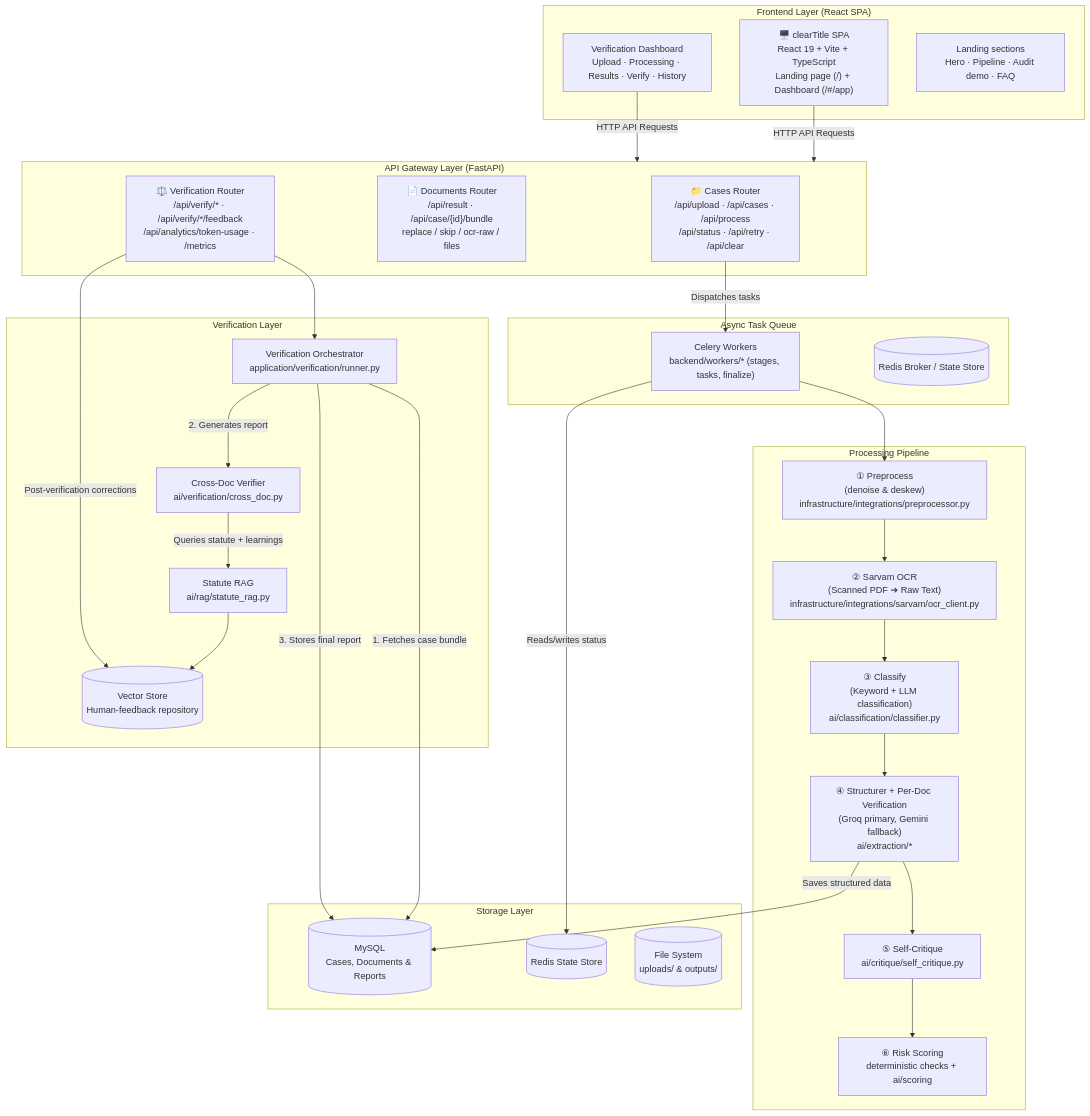
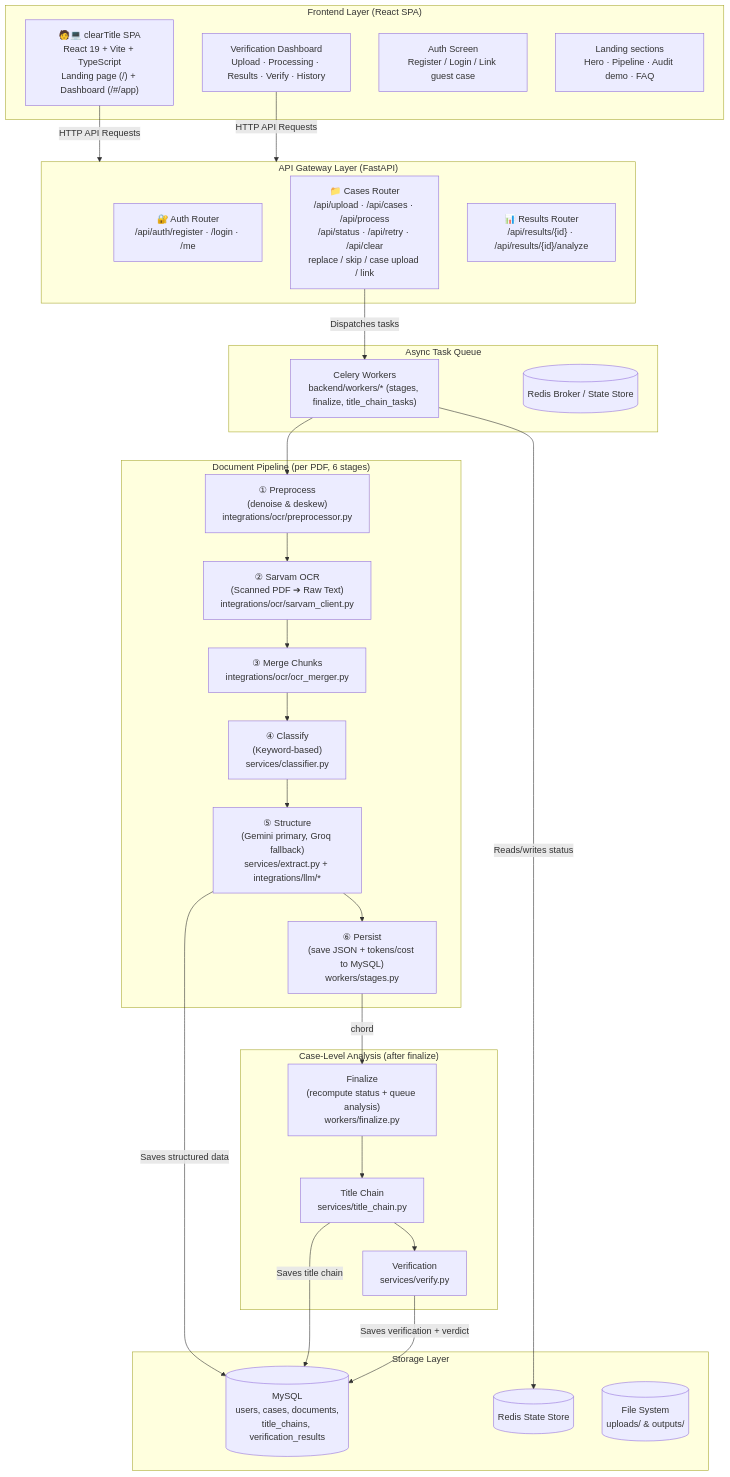
One commit to MyMane24/clearTitle changed the diagram in README.md. Above: the diagram before and after it, drawn with Mermaid. The commit also changed other lines of this file, not shown here.

First line of the commit message:
docs: update README to match current layered architecture

````diff
--- a/README.md
+++ b/README.md
@@ -9,55 +9,52 @@
 ```mermaid
 flowchart TD
     subgraph Frontend["Frontend Layer (React SPA)"]
-        UI["🖥️ clearTitle SPA\nReact 19 + Vite + TypeScript\nLanding page (/) + Dashboard (/#/app)"]
+        UI["🧑💻 clearTitle SPA\nReact 19 + Vite + TypeScript\nLanding page (/) + Dashboard (/#/app)"]
         DASH["Verification Dashboard\nUpload · Processing · Results · Verify · History"]
+        AUTH["Auth Screen\nRegister / Login / Link guest case"]
         HOME["Landing sections\nHero · Pipeline · Audit demo · FAQ"]
     end
 
     subgraph API["API Gateway Layer (FastAPI)"]
-        R_CASES["📁 Cases Router\n/api/upload · /api/cases · /api/process\n/api/status · /api/retry · /api/clear"]
-        R_DOCS["📄 Documents Router\n/api/result · /api/case/{id}/bundle\nreplace / skip / ocr-raw / files"]
-        R_VERIFY["⚖️ Verification Router\n/api/verify/* · /api/verify/*/feedback\n/api/analytics/token-usage · /metrics"]
+        R_AUTH["🔐 Auth Router\n/api/auth/register · /login · /me"]
+        R_CASES["📁 Cases Router\n/api/upload · /api/cases · /api/process\n/api/status · /api/retry · /api/clear\nreplace / skip / case upload / link"]
+        R_RESULTS["📊 Results Router\n/api/results/{id} · /api/results/{id}/analyze"]
     end
 
     subgraph Orchestration["Async Task Queue"]
-        CELERY["Celery Workers\nbackend/workers/* (stages, tasks, finalize)"]
+        CELERY["Celery Workers\nbackend/workers/* (stages, finalize, title_chain_tasks)"]
         REDIS_BROKER[(Redis Broker / State Store)]
     end
 
-    subgraph Pipeline["Processing Pipeline"]
-        PREPROC["① Preprocess\n(denoise & deskew)\ninfrastructure/integrations/preprocessor.py"]
-        OCR["② Sarvam OCR\n(Scanned PDF ➔ Raw Text)\ninfrastructure/integrations/sarvam/ocr_client.py"]
-        CLASSIFY["③ Classify\n(Keyword + LLM classification)\nai/classification/classifier.py"]
-        STRUCTURE["④ Structurer + Per-Doc Verification\n(Groq primary, Gemini fallback)\nai/extraction/*"]
-        CRITIQUE["⑤ Self-Critique\nai/critique/self_critique.py"]
-        SCORE["⑥ Risk Scoring\ndeterministic checks + ai/scoring"]
+    subgraph Pipeline["Document Pipeline (per PDF, 6 stages)"]
+        PREPROC["① Preprocess\n(denoise & deskew)\nintegrations/ocr/preprocessor.py"]
+        OCR["② Sarvam OCR\n(Scanned PDF ➔ Raw Text)\nintegrations/ocr/sarvam_client.py"]
+        MERGE["③ Merge Chunks\nintegrations/ocr/ocr_merger.py"]
+        CLASSIFY["④ Classify\n(Keyword-based)\nservices/classifier.py"]
+        STRUCTURE["⑤ Structure\n(Gemini primary, Groq fallback)\nservices/extract.py + integrations/llm/*"]
+        PERSIST["⑥ Persist\n(save JSON + tokens/cost to MySQL)\nworkers/stages.py"]
     end
 
-    subgraph Verification["Verification Layer"]
-        V_ENG["Verification Orchestrator\napplication/verification/runner.py"]
-        CROSS_DOC["Cross-Doc Verifier\nai/verification/cross_doc.py"]
-        STATUTE["Statute RAG\nai/rag/statute_rag.py"]
-        VECTOR_DB[("Vector Store\nHuman-feedback repository")]
+    subgraph Analysis["Case-Level Analysis (after finalize)"]
+        FINALIZE["Finalize\n(recompute status + queue analysis)\nworkers/finalize.py"]
+        TITLE["Title Chain\nservices/title_chain.py"]
+        VERIFY["Verification\nservices/verify.py"]
     end
 
     subgraph Storage["Storage Layer"]
-        MYSQL[("MySQL\nCases, Documents & Reports")]
+        MYSQL[("MySQL\nusers, cases, documents,\ntitle_chains, verification_results")]
         REDIS[(Redis State Store)]
         FS[("File System\nuploads/ & outputs/")]
     end
 
     UI -->|"HTTP API Requests"| API
     DASH -->|"HTTP API Requests"| API
     R_CASES -->|"Dispatches tasks"| CELERY
     CELERY -->|"Reads/writes status"| REDIS
-    CELERY --> PREPROC --> OCR --> CLASSIFY --> STRUCTURE --> CRITIQUE --> SCORE
+    CELERY --> PREPROC --> OCR --> MERGE --> CLASSIFY --> STRUCTURE --> PERSIST
+    PERSIST -->|"chord"| FINALIZE
+    FINALIZE --> TITLE --> VERIFY
     STRUCTURE -->|"Saves structured data"| MYSQL
-    R_VERIFY --> V_ENG
-    V_ENG -->|"1. Fetches case bundle"| MYSQL
-    V_ENG -->|"2. Generates report"| CROSS_DOC
-    CROSS_DOC -->|"Queries statute + learnings"| STATUTE
-    STATUTE --> VECTOR_DB
-    V_ENG -->|"3. Stores final report"| MYSQL
-    R_VERIFY -->|"Post-verification corrections"| VECTOR_DB
+    TITLE -->|"Saves title chain"| MYSQL
+    VERIFY -->|"Saves verification + verdict"| MYSQL
 ```
````
